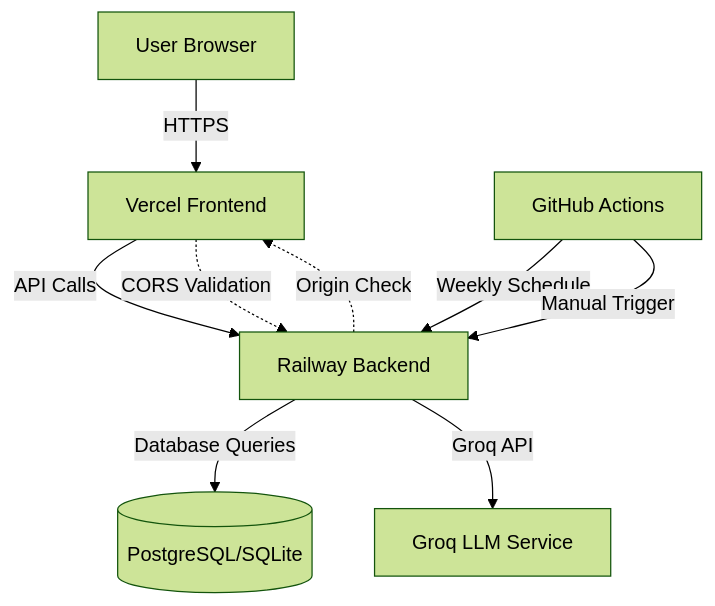
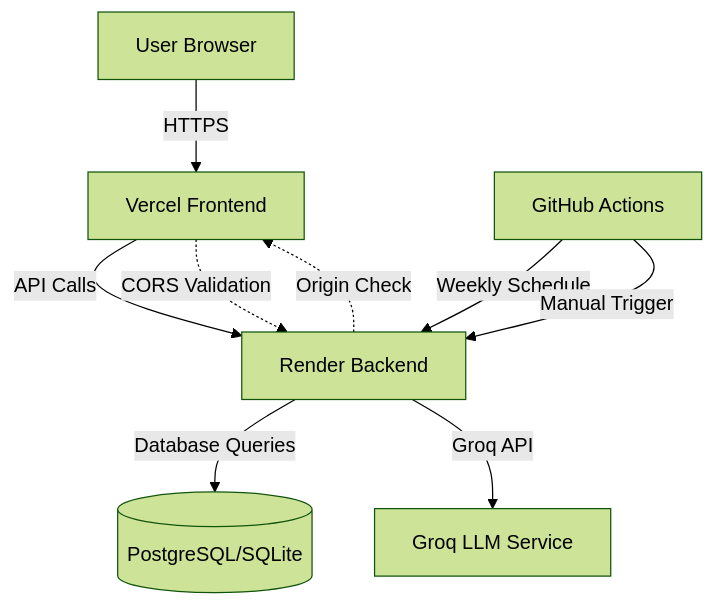
Before and after one commit to suvadeepd8work-source/AI-Powered-Review-Discovery-Engine: the second of 2 diagrams in architecture.md, drawn with Mermaid (forest theme). The commit also changed other lines of this file and 1 other file, not shown here.

Commit message:
Update deployment configuration to use Render instead of Railway
- Update DEPLOYMENT_GUIDE.md to focus on Render as primary backend platform
- Remove Railway references and update all step numbering
- Update architecture.md to specify Render deployment
- Update production architecture diagram to use Render
- Update environment variable flow documentation
- Update monitoring and scaling sections for Render

````diff
--- a/architecture.md
+++ b/architecture.md
@@ -509,13 +509,13 @@
 ```mermaid
 graph TD
     User[User Browser] -->|HTTPS| Vercel[Vercel Frontend]
-    Vercel -->|API Calls| Railway[Railway Backend]
-    Railway -->|Database Queries| DB[(PostgreSQL/SQLite)]
-    Railway -->|Groq API| Groq[Groq LLM Service]
+    Vercel -->|API Calls| Render[Render Backend]
+    Render -->|Database Queries| DB[(PostgreSQL/SQLite)]
+    Render -->|Groq API| Groq[Groq LLM Service]
     
-    GitHub[GitHub Actions] -->|Weekly Schedule| Railway
-    GitHub -->|Manual Trigger| Railway
+    GitHub[GitHub Actions] -->|Weekly Schedule| Render
+    GitHub -->|Manual Trigger| Render
     
-    Vercel -.->|CORS Validation| Railway
-    Railway -.->|Origin Check| Vercel
+    Vercel -.->|CORS Validation| Render
+    Render -.->|Origin Check| Vercel
 ```
````
